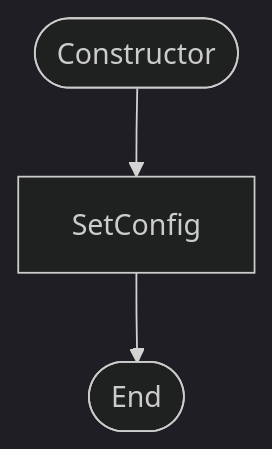
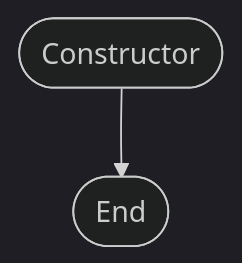
Before and after one commit to BCS21090011/BrainFucker: diagram 14 of 25 in src/Classes_Info/BrainfuckExecuter.md, drawn with Mermaid (dark theme). The commit also changed other lines of this file and 1 other file, not shown here.

Commit message:
Move callback initialization to properties and SubscribeCallbacks.

````diff
--- a/src/Classes_Info/BrainfuckExecuter.md
+++ b/src/Classes_Info/BrainfuckExecuter.md
@@ -349,9 +349,7 @@
 ```mermaid
 flowchart
 
 Start([Constructor])
 -->
-SetConfig
--->
 End([End])
 ```
````
